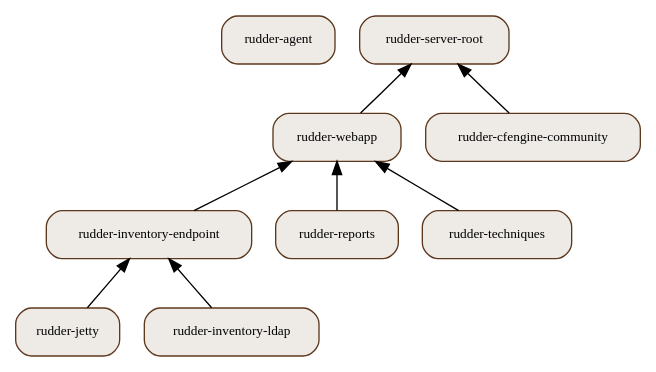
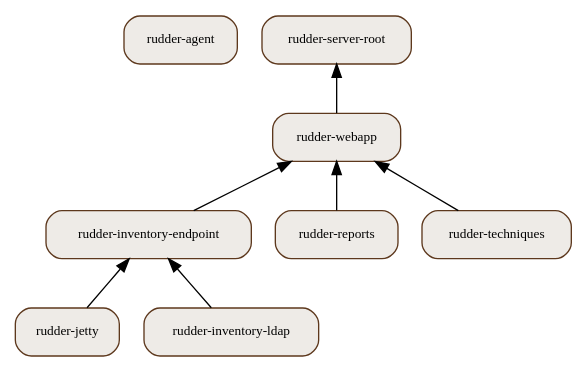
The diagram in graphviz/packages.dot (Normation/rudder-doc), drawn with Graphviz before and after one commit. The commit also changed 3 other files, not shown here.

```diff
--- a/graphviz/packages.dot
+++ b/graphviz/packages.dot
@@ -1,52 +1,49 @@
 digraph packages{
 
 rankdir=BT;
 
 node [
     shape=Mrecord, 
     style=filled, 
     color="#5d381d", 
     fillcolor="#eeebe7",
     fontsize=10
 ]
 
 "rudder-agent"
 "rudder-jetty"
 "rudder-inventory-ldap"
 "rudder-inventory-endpoint"
 "rudder-reports"
 "rudder-techniques"
 "rudder-webapp"
-"rudder-cfengine-community"
 "rudder-server-root"
 
 {rank=same;
   "rudder-agent"
   "rudder-server-root"
 }
 {rank=same;
   "rudder-inventory-ldap"
   "rudder-jetty"
 }
 
 "rudder-jetty" -> "rudder-inventory-endpoint"
 
 "rudder-inventory-ldap" -> "rudder-inventory-endpoint"
 
 {rank=same;
   "rudder-inventory-endpoint"
   "rudder-reports"
   "rudder-techniques"
 }
 
 "rudder-inventory-endpoint" -> "rudder-webapp"
 
 "rudder-techniques" -> "rudder-webapp" 
 
 "rudder-reports"-> "rudder-webapp"
 
 "rudder-webapp" -> "rudder-server-root"
 
-"rudder-cfengine-community" ->"rudder-server-root"
-
 }
```
